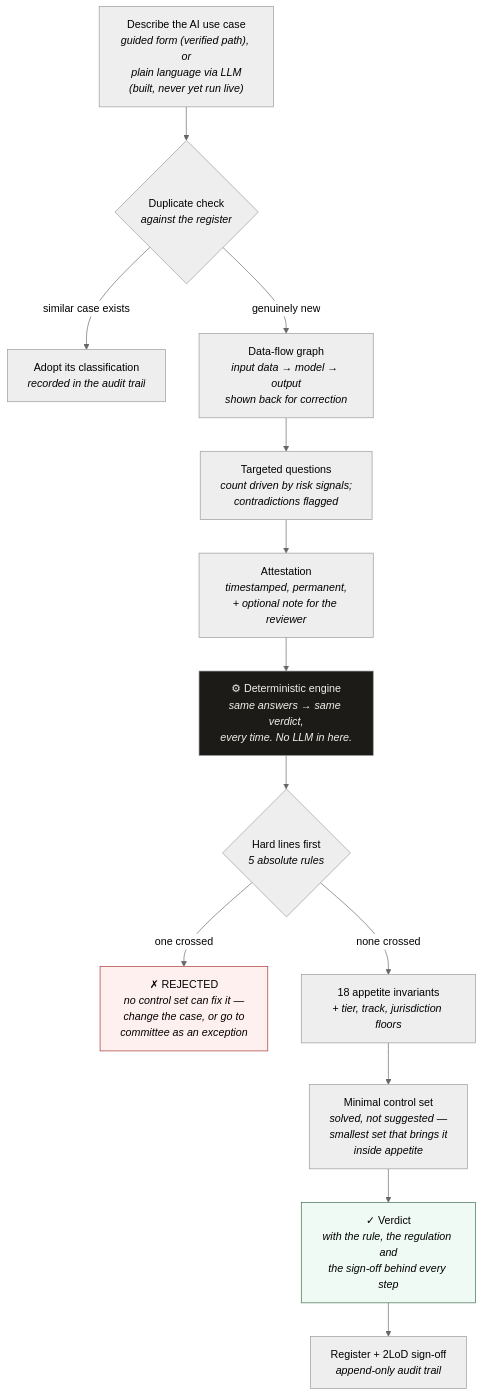
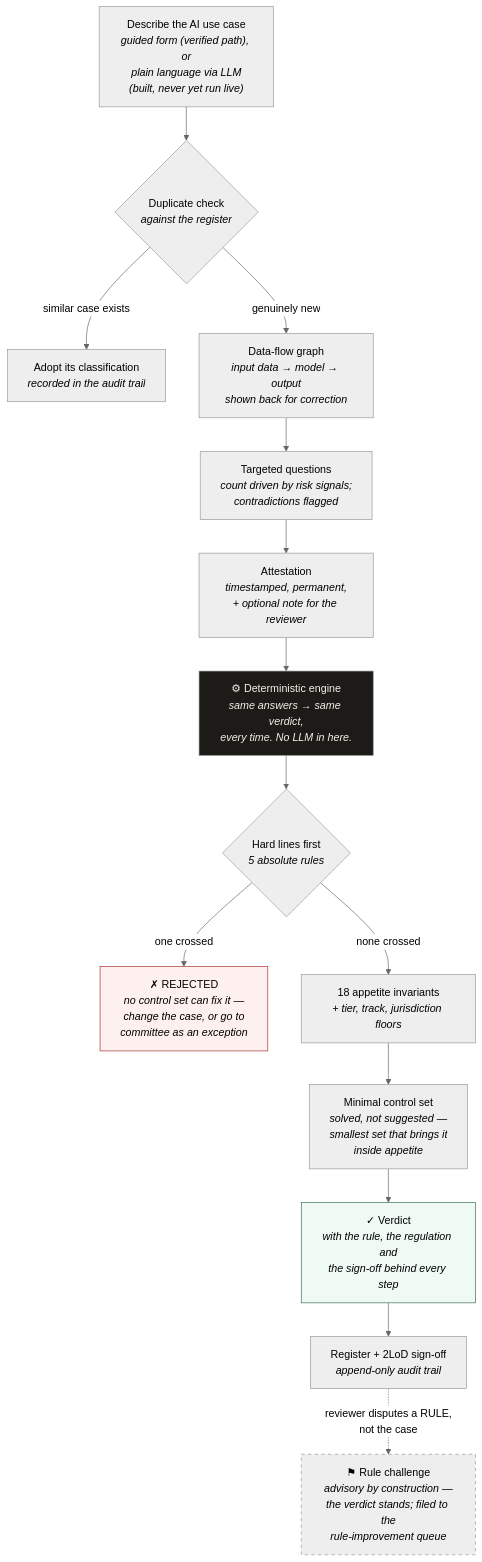
Before and after one commit to oza977-max/ai-raf-precheck: the first of 2 diagrams in README.md, drawn with Mermaid (neutral theme). The commit also changed other lines of this file, not shown here.

First line of the commit message:
docs: the README diagrams now show the feedback path

````diff
--- a/README.md
+++ b/README.md
@@ -40,20 +40,22 @@
 ```mermaid
 flowchart TD
     A["Describe the AI use case<br/><i>guided form (verified path), or<br/>plain language via LLM<br/>(built, never yet run live)</i>"] --> B{"Duplicate check<br/><i>against the register</i>"}
     B -->|"similar case exists"| B1["Adopt its classification<br/><i>recorded in the audit trail</i>"]
     B -->|"genuinely new"| C["Data-flow graph<br/><i>input data → model → output</i><br/><i>shown back for correction</i>"]
     C --> D["Targeted questions<br/><i>count driven by risk signals;<br/>contradictions flagged</i>"]
     D --> E["Attestation<br/><i>timestamped, permanent,<br/>+ optional note for the reviewer</i>"]
     E --> F["⚙ Deterministic engine<br/><i>same answers → same verdict,<br/>every time. No LLM in here.</i>"]
 
     F --> G{"Hard lines first<br/><i>5 absolute rules</i>"}
     G -->|"one crossed"| H["✗ REJECTED<br/><i>no control set can fix it —<br/>change the case, or go to<br/>committee as an exception</i>"]
     G -->|"none crossed"| I["18 appetite invariants<br/><i>+ tier, track, jurisdiction floors</i>"]
     I --> J["Minimal control set<br/><i>solved, not suggested —<br/>smallest set that brings it<br/>inside appetite</i>"]
     J --> K["✓ Verdict<br/><i>with the rule, the regulation and<br/>the sign-off behind every step</i>"]
     K --> L["Register + 2LoD sign-off<br/><i>append-only audit trail</i>"]
+    L -.->|"reviewer disputes a RULE,<br/>not the case"| M["⚑ Rule challenge<br/><i>advisory by construction —<br/>the verdict stands; filed to the<br/>rule-improvement queue</i>"]
 
     style F fill:#1c1b18,color:#f3f0e8
+    style M stroke-dasharray: 5 5
     style H fill:#fdf0ef,stroke:#a8322a
     style K fill:#f0faf4,stroke:#3a6b4a
 ```
````
